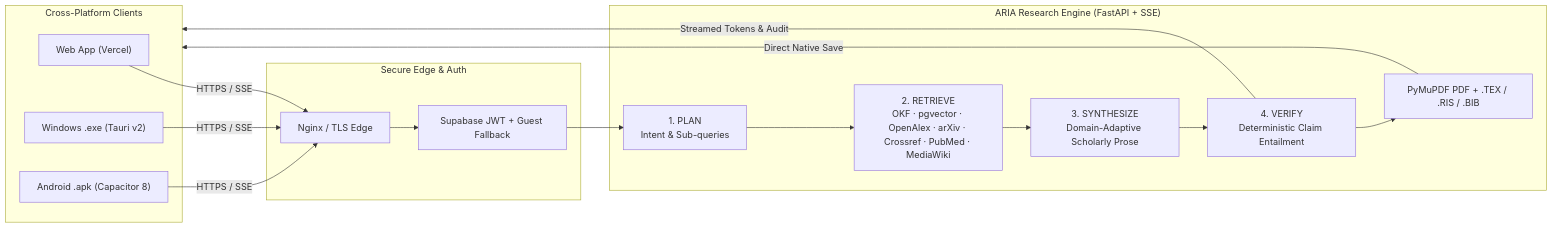
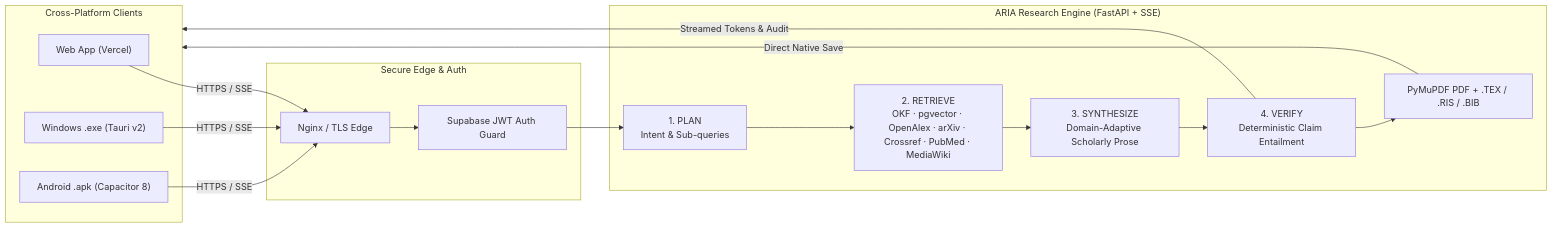
The diagram in README.md (SWARAJCHATTARAJ/ARIA), drawn with Mermaid before and after one commit. The commit also changed other lines of this file and 19 other files, not shown here.

Commit message:
feat(auth): remove guest mode, add forgot-password recovery, and authenticated account deletion

````diff
--- a/README.md
+++ b/README.md
@@ -86,26 +86,26 @@
 ```mermaid
 flowchart LR
     subgraph Client ["Cross-Platform Clients"]
         W["Web App (Vercel)"]
         D["Windows .exe (Tauri v2)"]
         A["Android .apk (Capacitor 8)"]
     end
 
     subgraph Edge ["Secure Edge & Auth"]
         CF["Nginx / TLS Edge"]
-        AUTH["Supabase JWT + Guest Fallback"]
+        AUTH["Supabase JWT Auth Guard"]
     end
 
     subgraph Engine ["ARIA Research Engine (FastAPI + SSE)"]
         P["1. PLAN<br/>Intent & Sub-queries"]
         R["2. RETRIEVE<br/>OKF · pgvector · OpenAlex · arXiv · Crossref · PubMed · MediaWiki"]
         S["3. SYNTHESIZE<br/>Domain-Adaptive Scholarly Prose"]
         V["4. VERIFY<br/>Deterministic Claim Entailment"]
         PDF["PyMuPDF PDF + .TEX / .RIS / .BIB"]
     end
 
     W & D & A -->|HTTPS / SSE| CF --> AUTH --> P
     P --> R --> S --> V
     V -->|Streamed Tokens & Audit| Client
     V --> PDF -->|Direct Native Save| Client
 ```
````
